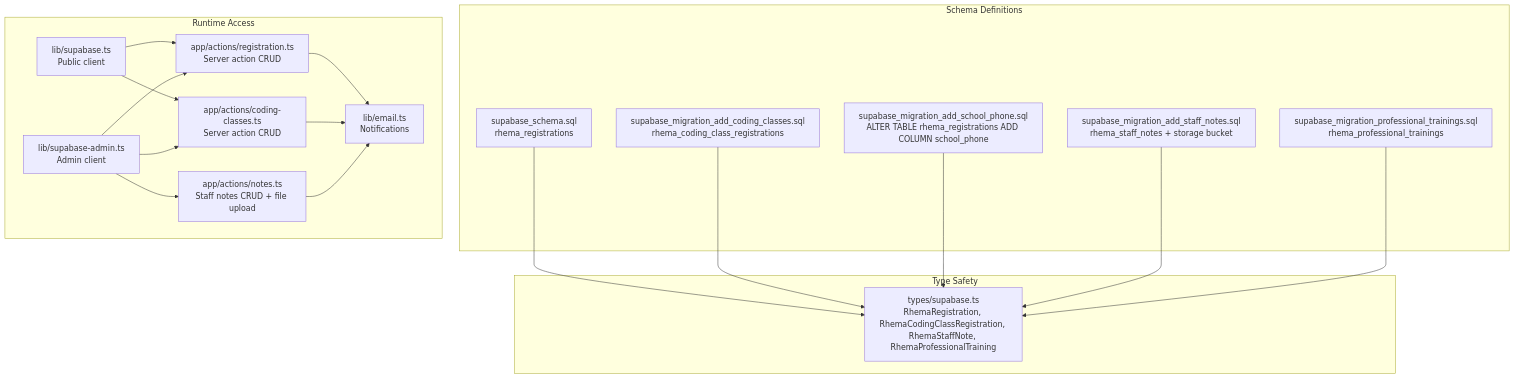
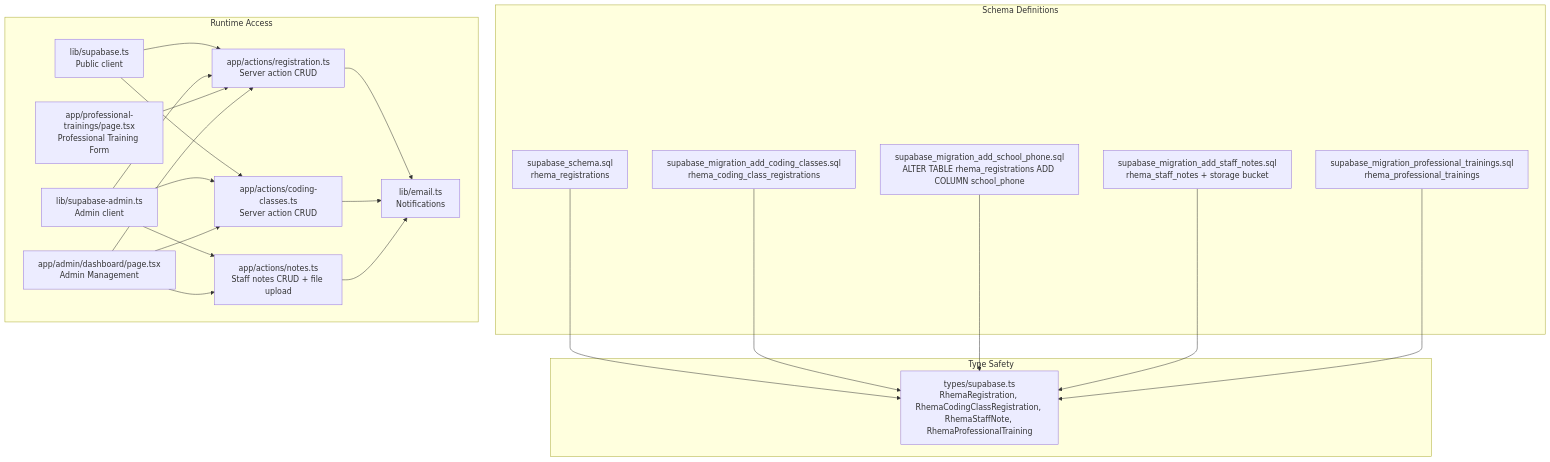
One commit to Black-box01/rhemaexpertsolutions changed the first of 8 diagrams in .qoder/repowiki/en/content/Database Integration/Database Schema.md. Above: the diagram before and after it, drawn with Mermaid. The commit also changed other lines of this file and 22 other files, not shown here.

First line of the commit message:
feat(professional-trainings): add professional training registration system

````diff
--- a/.qoder/repowiki/en/content/Database Integration/Database Schema.md
+++ b/.qoder/repowiki/en/content/Database Integration/Database Schema.md
@@ -46,34 +49,40 @@
 ```mermaid
 graph TB
 subgraph "Schema Definitions"
 S1["supabase_schema.sql<br/>rhema_registrations"]
 S2["supabase_migration_add_coding_classes.sql<br/>rhema_coding_class_registrations"]
 S3["supabase_migration_add_school_phone.sql<br/>ALTER TABLE rhema_registrations ADD COLUMN school_phone"]
 S4["supabase_migration_add_staff_notes.sql<br/>rhema_staff_notes + storage bucket"]
 S5["supabase_migration_professional_trainings.sql<br/>rhema_professional_trainings"]
 end
 subgraph "Type Safety"
 T1["types/supabase.ts<br/>RhemaRegistration, RhemaCodingClassRegistration, RhemaStaffNote, RhemaProfessionalTraining"]
 end
 subgraph "Runtime Access"
 C1["lib/supabase.ts<br/>Public client"]
 C2["lib/supabase-admin.ts<br/>Admin client"]
 A1["app/actions/registration.ts<br/>Server action CRUD"]
 A2["app/actions/coding-classes.ts<br/>Server action CRUD"]
 A3["app/actions/notes.ts<br/>Staff notes CRUD + file upload"]
 E1["lib/email.ts<br/>Notifications"]
+P1["app/professional-trainings/page.tsx<br/>Professional Training Form"]
+D1["app/admin/dashboard/page.tsx<br/>Admin Management"]
 end
 S1 --> T1
 S2 --> T1
 S3 --> T1
 S4 --> T1
 S5 --> T1
 C1 --> A1
 C1 --> A2
 C2 --> A1
 C2 --> A2
 C2 --> A3
 A1 --> E1
 A2 --> E1
 A3 --> E1
+P1 --> A1
+D1 --> A1
+D1 --> A2
+D1 --> A3
 ```
````
